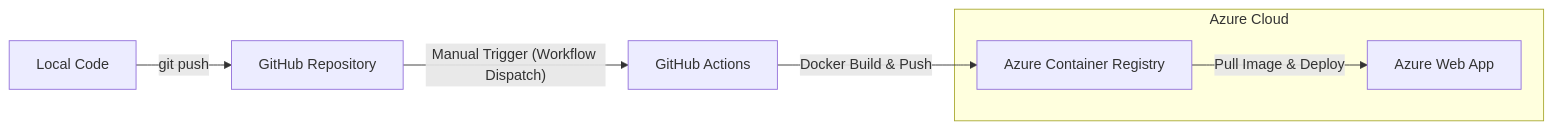
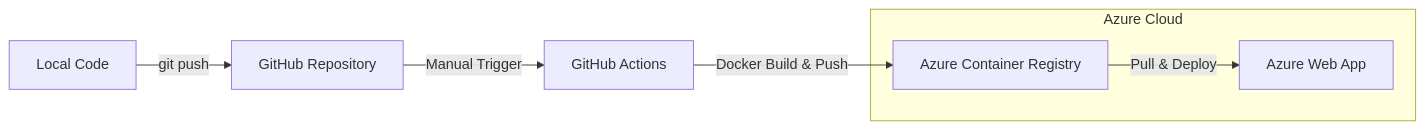
The diagram in README.md (bagg8234-lab/Seoul-Dog-Walking-Map), drawn with Mermaid before and after one commit. The commit also changed other lines of this file, not shown here.

````diff
--- a/README.md
+++ b/README.md
@@ -11,12 +69,12 @@
 ```mermaid
 graph LR
     A[Local Code] -- "git push" --> B[GitHub Repository]
-    B -- "Manual Trigger (Workflow Dispatch)" --> C[GitHub Actions]
+    B -- "Manual Trigger" --> C[GitHub Actions]
     C -- "Docker Build & Push" --> D[Azure Container Registry]
-    D -- "Pull Image & Deploy" --> E[Azure Web App]
-    
+    D -- "Pull & Deploy" --> E[Azure Web App]
+
     subgraph "Azure Cloud"
     D
     E
     end
 ```
````
